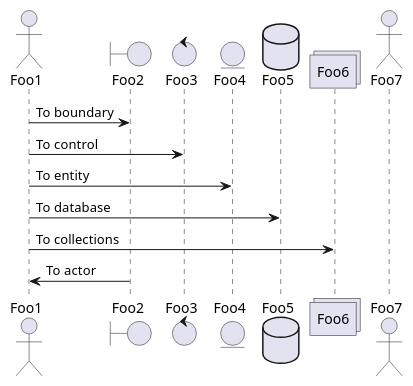
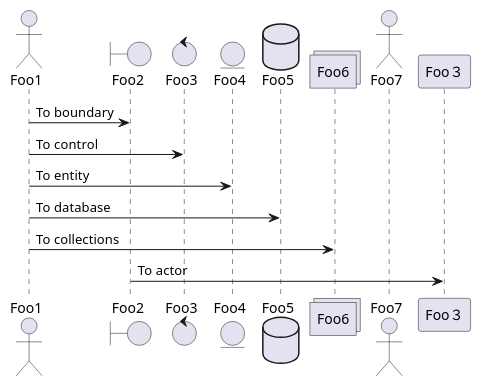
Before and after one commit to yoshida-m-3/generate-plantuml: the diagram in docs/test.md, drawn with PlantUML.

````diff
--- a/docs/test.md
+++ b/docs/test.md
@@ -1,17 +1,17 @@
 ```plantuml:日本語のファイル名
 @startuml
 actor Foo1
 boundary Foo2
 control Foo3
 entity Foo4
 database Foo5
 collections Foo6
 actor Foo7
 Foo1 -> Foo2 : To boundary
 Foo1 -> Foo3 : To control
 Foo1 -> Foo4 : To entity
 Foo1 -> Foo5 : To database
 Foo1 -> Foo6 : To collections
-Foo2 -> Foo1 : To actor
+Foo2 -> Foo３ : To actor
 @enduml
 ```
````
